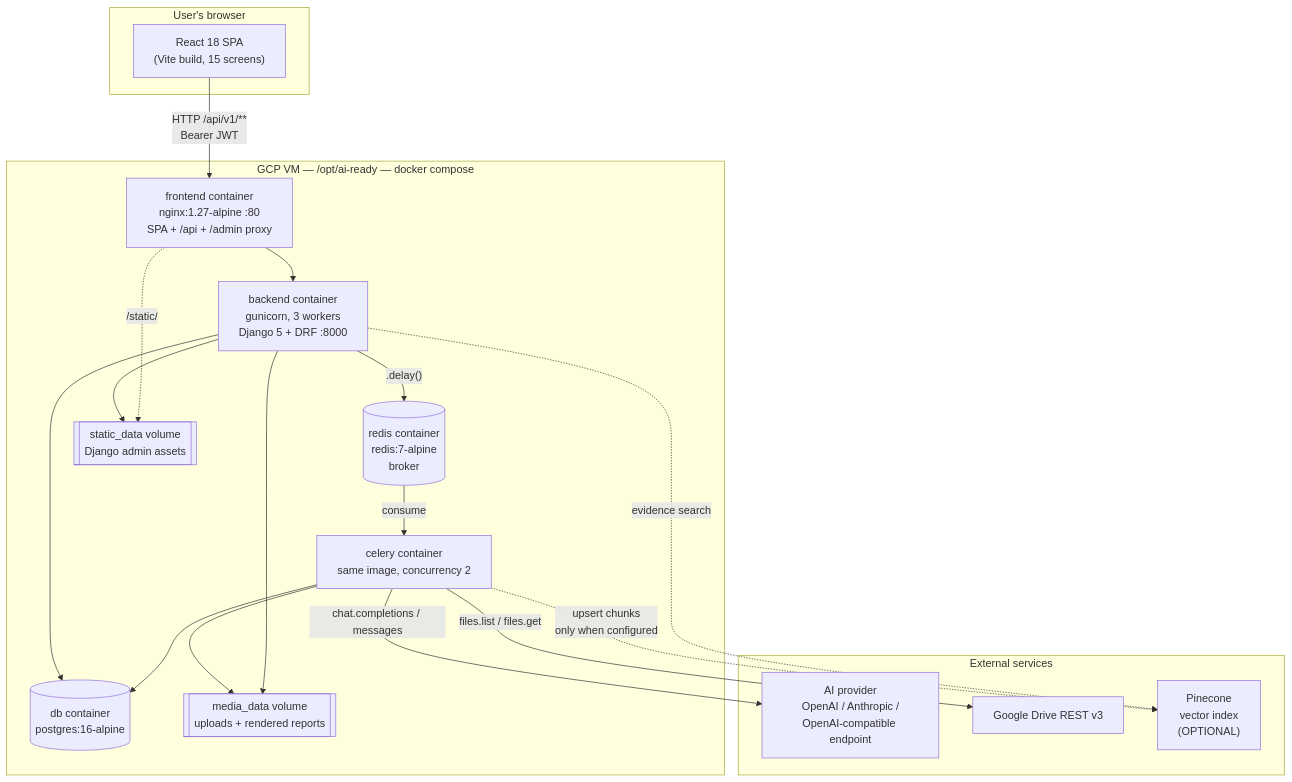
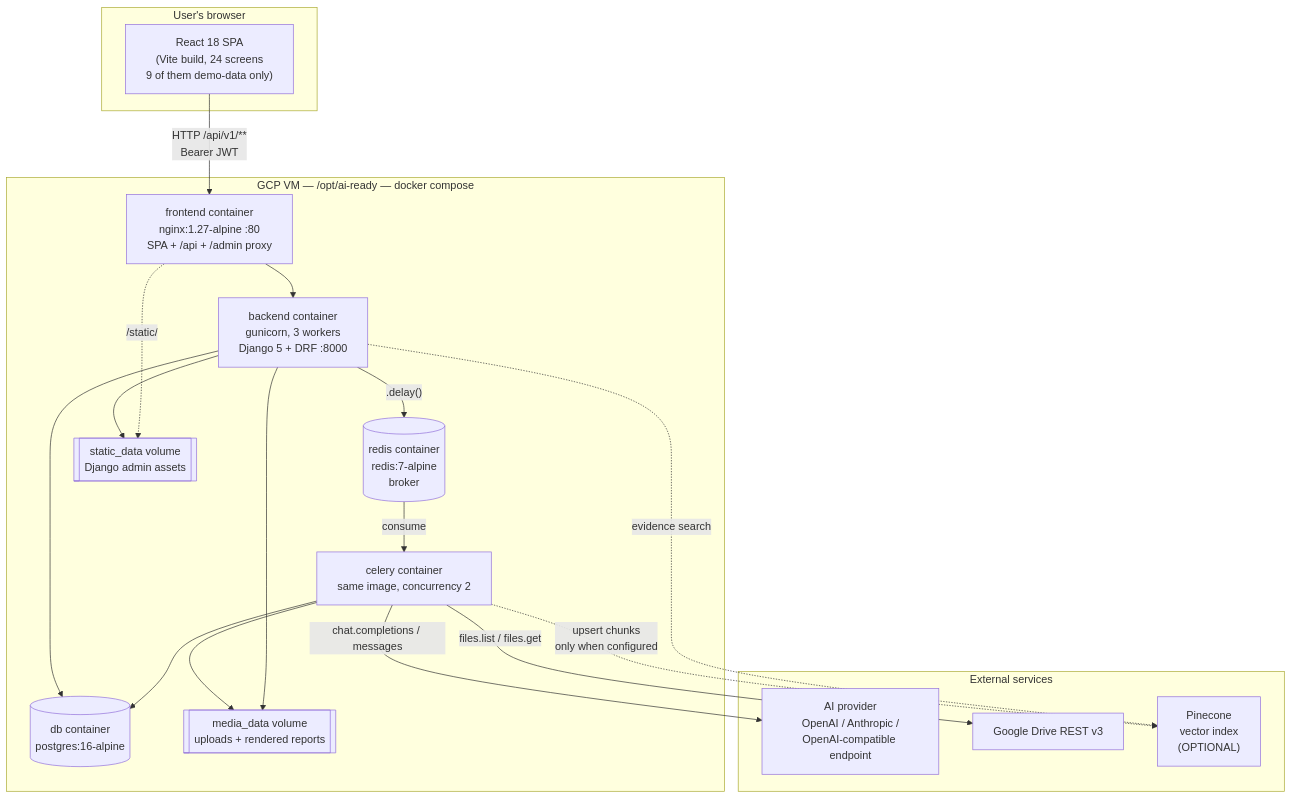
One commit to jagadesh-alpha8/AI-READY changed the first of 19 diagrams in PROJECT_WORKFLOW_AND_TECHNICAL_REPORT.md. Above: the diagram before and after it, drawn with Mermaid. The commit also changed other lines of this file and 4 other files, not shown here.

````diff
--- a/PROJECT_WORKFLOW_AND_TECHNICAL_REPORT.md
+++ b/PROJECT_WORKFLOW_AND_TECHNICAL_REPORT.md
@@ -195,37 +219,37 @@
 ```mermaid
 graph TB
     subgraph Browser["User's browser"]
-        SPA["React 18 SPA<br/>(Vite build, 15 screens)"]
+        SPA["React 18 SPA<br/>(Vite build, 24 screens<br/>9 of them demo-data only)"]
     end
 
     subgraph VM["GCP VM — /opt/ai-ready — docker compose"]
         NGX["frontend container<br/>nginx:1.27-alpine :80<br/>SPA + /api + /admin proxy"]
         API["backend container<br/>gunicorn, 3 workers<br/>Django 5 + DRF :8000"]
         CEL["celery container<br/>same image, concurrency 2"]
         PG[("db container<br/>postgres:16-alpine")]
         RDS[("redis container<br/>redis:7-alpine<br/>broker")]
         MEDIA[["media_data volume<br/>uploads + rendered reports"]]
         STATIC[["static_data volume<br/>Django admin assets"]]
     end
 
     subgraph Ext["External services"]
         AI["AI provider<br/>OpenAI / Anthropic /<br/>OpenAI-compatible endpoint"]
         GD["Google Drive REST v3"]
         PC["Pinecone<br/>vector index<br/>(OPTIONAL)"]
     end
 
     SPA -->|"HTTP /api/v1/**<br/>Bearer JWT"| NGX
     NGX --> API
     API --> PG
     API -->|".delay()"| RDS
     RDS -->|"consume"| CEL
     CEL --> PG
     CEL --> MEDIA
     CEL -->|"chat.completions / messages"| AI
     CEL -->|"files.list / files.get"| GD
     CEL -.->|"upsert chunks<br/>only when configured"| PC
     API -.->|"evidence search"| PC
     API --> MEDIA
     API --> STATIC
     NGX -.->|"/static/"| STATIC
 ```
````
